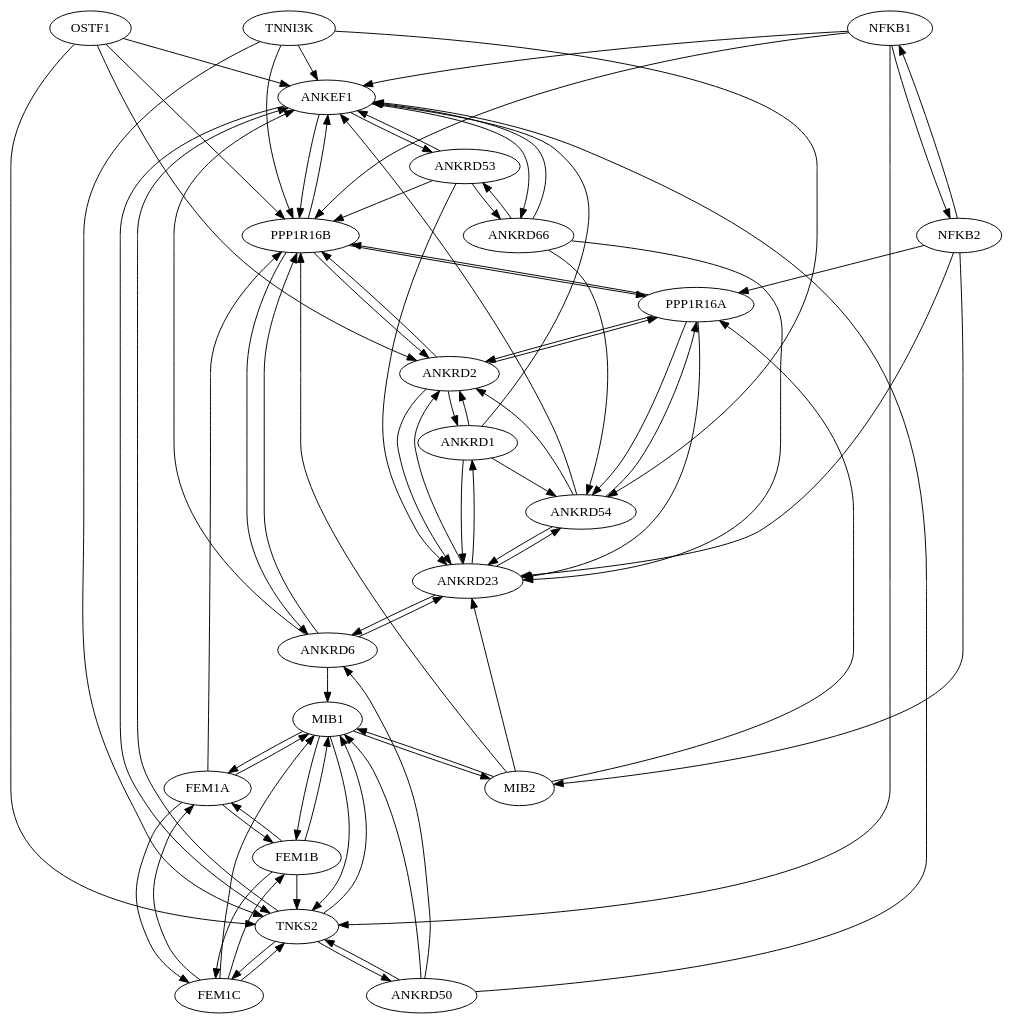
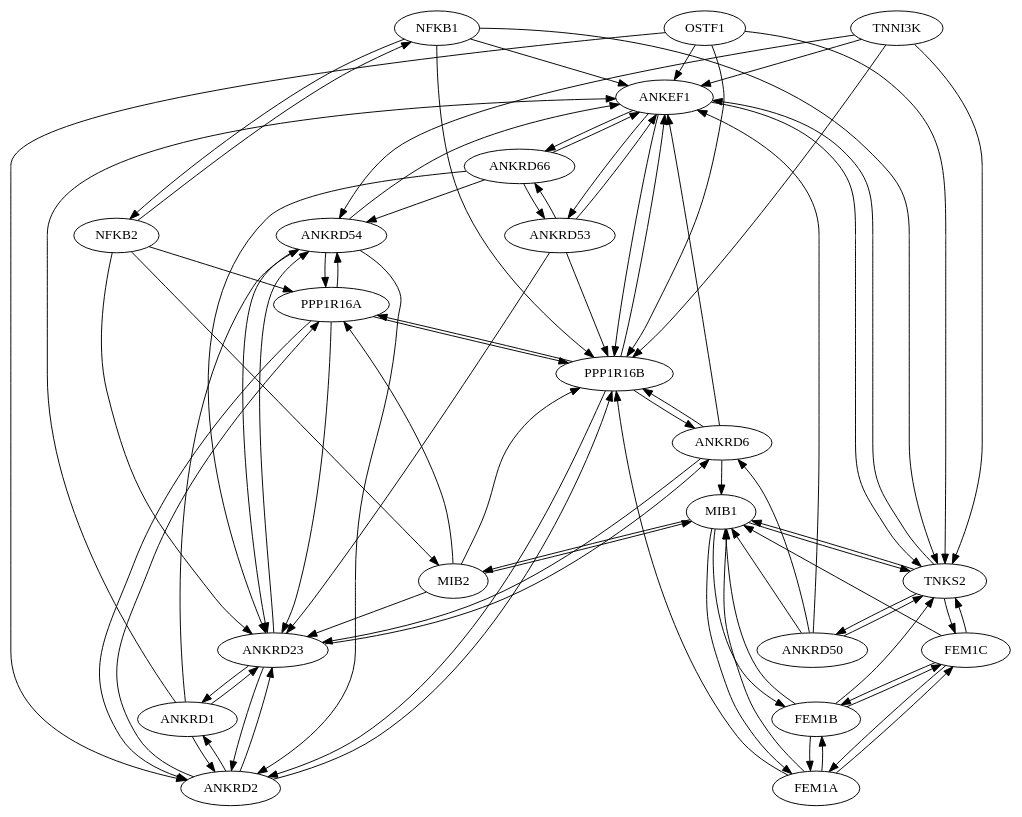
The diagram in v6/graphs/82.graph.dot (leonfrench/map-of-proteins-data), drawn with Graphviz before and after one commit. The commit also changed 457 other files, not shown here.

```diff
--- a/v6/graphs/82.graph.dot
+++ b/v6/graphs/82.graph.dot
@@ -1,107 +1,107 @@
 digraph G {
-"ANKEF1" ["l"="68.557526,24.121786"]
-"ANKRD1" ["l"="68.820259,24.289854"]
-"ANKRD2" ["l"="68.765228,24.344454"]
-"ANKRD23" ["l"="68.774635,24.295914"]
-"ANKRD50" ["l"="68.530647,24.068985"]
-"ANKRD53" ["l"="68.669823,24.656620"]
-"ANKRD54" ["l"="68.659401,24.116776"]
-"ANKRD6" ["l"="68.698708,24.273586"]
-"ANKRD66" ["l"="67.766693,23.625223"]
-"FEM1A" ["l"="68.472198,23.869026"]
-"FEM1B" ["l"="68.621361,23.909048"]
-"FEM1C" ["l"="68.675705,23.968681"]
-"MIB1" ["l"="68.796227,24.224621"]
-"MIB2" ["l"="68.776192,24.277334"]
-"NFKB1" ["l"="68.791191,24.246965"]
-"NFKB2" ["l"="68.202248,24.086403"]
-"OSTF1" ["l"="68.453674,24.025112"]
-"PPP1R16A" ["l"="68.499428,24.201900"]
-"PPP1R16B" ["l"="67.821373,24.022570"]
-"TNKS2" ["l"="68.638931,24.163637"]
-"TNNI3K" ["l"="68.568420,24.073280"]
-"ANKEF1" -> "ANKRD66"
-"ANKEF1" -> "ANKRD53"
-"ANKEF1" -> "PPP1R16B"
-"ANKEF1" -> "TNKS2"
-"ANKRD1" -> "ANKRD2"
-"ANKRD1" -> "ANKRD23"
-"ANKRD1" -> "ANKEF1"
-"ANKRD1" -> "ANKRD54"
-"ANKRD2" -> "ANKRD1"
-"ANKRD2" -> "ANKRD23"
-"ANKRD2" -> "PPP1R16A"
-"ANKRD2" -> "PPP1R16B"
-"ANKRD23" -> "ANKRD2"
-"ANKRD23" -> "ANKRD1"
-"ANKRD23" -> "ANKRD54"
-"ANKRD23" -> "ANKRD6"
-"ANKRD50" -> "TNKS2"
-"ANKRD50" -> "MIB1"
-"ANKRD50" -> "ANKEF1"
-"ANKRD50" -> "ANKRD6"
-"ANKRD53" -> "ANKEF1"
-"ANKRD53" -> "PPP1R16B"
-"ANKRD53" -> "ANKRD66"
-"ANKRD53" -> "ANKRD23"
-"ANKRD54" -> "ANKRD23"
-"ANKRD54" -> "ANKRD2"
-"ANKRD54" -> "PPP1R16A"
-"ANKRD54" -> "ANKEF1"
-"ANKRD6" -> "PPP1R16B"
-"ANKRD6" -> "ANKRD23"
-"ANKRD6" -> "MIB1"
-"ANKRD6" -> "ANKEF1"
-"ANKRD66" -> "ANKEF1"
-"ANKRD66" -> "ANKRD53"
-"ANKRD66" -> "ANKRD23"
-"ANKRD66" -> "ANKRD54"
-"FEM1A" -> "FEM1B"
-"FEM1A" -> "FEM1C"
-"FEM1A" -> "PPP1R16B"
-"FEM1A" -> "MIB1"
-"FEM1B" -> "FEM1C"
-"FEM1B" -> "FEM1A"
-"FEM1B" -> "MIB1"
-"FEM1B" -> "TNKS2"
-"FEM1C" -> "FEM1B"
-"FEM1C" -> "FEM1A"
-"FEM1C" -> "TNKS2"
-"FEM1C" -> "MIB1"
-"MIB1" -> "TNKS2"
-"MIB1" -> "FEM1B"
-"MIB1" -> "FEM1A"
-"MIB1" -> "MIB2"
-"MIB2" -> "MIB1"
-"MIB2" -> "PPP1R16A"
-"MIB2" -> "PPP1R16B"
-"MIB2" -> "ANKRD23"
-"NFKB1" -> "NFKB2"
-"NFKB1" -> "ANKEF1"
-"NFKB1" -> "TNKS2"
-"NFKB1" -> "PPP1R16B"
-"NFKB2" -> "NFKB1"
-"NFKB2" -> "PPP1R16A"
-"NFKB2" -> "MIB2"
-"NFKB2" -> "ANKRD23"
-"OSTF1" -> "TNKS2"
-"OSTF1" -> "PPP1R16B"
-"OSTF1" -> "ANKEF1"
-"OSTF1" -> "ANKRD2"
-"PPP1R16A" -> "PPP1R16B"
-"PPP1R16A" -> "ANKRD2"
-"PPP1R16A" -> "ANKRD54"
-"PPP1R16A" -> "ANKRD23"
-"PPP1R16B" -> "PPP1R16A"
-"PPP1R16B" -> "ANKRD6"
-"PPP1R16B" -> "ANKRD2"
-"PPP1R16B" -> "ANKEF1"
-"TNKS2" -> "MIB1"
-"TNKS2" -> "FEM1C"
-"TNKS2" -> "ANKRD50"
-"TNKS2" -> "ANKEF1"
-"TNNI3K" -> "TNKS2"
-"TNNI3K" -> "ANKEF1"
-"TNNI3K" -> "PPP1R16B"
-"TNNI3K" -> "ANKRD54"
+"ANKEF1" -> "ANKRD66";
+"ANKEF1" -> "ANKRD53";
+"ANKEF1" -> "PPP1R16B";
+"ANKEF1" -> "TNKS2";
+"ANKRD1" -> "ANKRD2";
+"ANKRD1" -> "ANKRD23";
+"ANKRD1" -> "ANKEF1";
+"ANKRD1" -> "ANKRD54";
+"ANKRD2" -> "ANKRD1";
+"ANKRD2" -> "ANKRD23";
+"ANKRD2" -> "PPP1R16A";
+"ANKRD2" -> "PPP1R16B";
+"ANKRD23" -> "ANKRD2";
+"ANKRD23" -> "ANKRD1";
+"ANKRD23" -> "ANKRD54";
+"ANKRD23" -> "ANKRD6";
+"ANKRD50" -> "TNKS2";
+"ANKRD50" -> "MIB1";
+"ANKRD50" -> "ANKEF1";
+"ANKRD50" -> "ANKRD6";
+"ANKRD53" -> "ANKEF1";
+"ANKRD53" -> "PPP1R16B";
+"ANKRD53" -> "ANKRD66";
+"ANKRD53" -> "ANKRD23";
+"ANKRD54" -> "ANKRD23";
+"ANKRD54" -> "ANKRD2";
+"ANKRD54" -> "PPP1R16A";
+"ANKRD54" -> "ANKEF1";
+"ANKRD6" -> "PPP1R16B";
+"ANKRD6" -> "ANKRD23";
+"ANKRD6" -> "MIB1";
+"ANKRD6" -> "ANKEF1";
+"ANKRD66" -> "ANKEF1";
+"ANKRD66" -> "ANKRD53";
+"ANKRD66" -> "ANKRD23";
+"ANKRD66" -> "ANKRD54";
+"FEM1A" -> "FEM1B";
+"FEM1A" -> "FEM1C";
+"FEM1A" -> "PPP1R16B";
+"FEM1A" -> "MIB1";
+"FEM1B" -> "FEM1C";
+"FEM1B" -> "FEM1A";
+"FEM1B" -> "MIB1";
+"FEM1B" -> "TNKS2";
+"FEM1C" -> "FEM1B";
+"FEM1C" -> "FEM1A";
+"FEM1C" -> "TNKS2";
+"FEM1C" -> "MIB1";
+"MIB1" -> "TNKS2";
+"MIB1" -> "FEM1B";
+"MIB1" -> "FEM1A";
+"MIB1" -> "MIB2";
+"MIB2" -> "MIB1";
+"MIB2" -> "PPP1R16A";
+"MIB2" -> "PPP1R16B";
+"MIB2" -> "ANKRD23";
+"NFKB1" -> "NFKB2";
+"NFKB1" -> "ANKEF1";
+"NFKB1" -> "TNKS2";
+"NFKB1" -> "PPP1R16B";
+"NFKB2" -> "NFKB1";
+"NFKB2" -> "PPP1R16A";
+"NFKB2" -> "MIB2";
+"NFKB2" -> "ANKRD23";
+"OSTF1" -> "TNKS2";
+"OSTF1" -> "PPP1R16B";
+"OSTF1" -> "ANKEF1";
+"OSTF1" -> "ANKRD2";
+"PPP1R16A" -> "PPP1R16B";
+"PPP1R16A" -> "ANKRD2";
+"PPP1R16A" -> "ANKRD54";
+"PPP1R16A" -> "ANKRD23";
+"PPP1R16B" -> "PPP1R16A";
+"PPP1R16B" -> "ANKRD6";
+"PPP1R16B" -> "ANKRD2";
+"PPP1R16B" -> "ANKEF1";
+"TNKS2" -> "MIB1";
+"TNKS2" -> "FEM1C";
+"TNKS2" -> "ANKRD50";
+"TNKS2" -> "ANKEF1";
+"TNNI3K" -> "TNKS2";
+"TNNI3K" -> "ANKEF1";
+"TNNI3K" -> "PPP1R16B";
+"TNNI3K" -> "ANKRD54";
+"ANKEF1" ["l"="68.557526,24.121786"];
+"ANKRD1" ["l"="68.820259,24.289854"];
+"ANKRD2" ["l"="68.765228,24.344454"];
+"ANKRD23" ["l"="68.774635,24.295914"];
+"ANKRD50" ["l"="68.530647,24.068985"];
+"ANKRD53" ["l"="68.669823,24.656620"];
+"ANKRD54" ["l"="68.659401,24.116776"];
+"ANKRD6" ["l"="68.698708,24.273586"];
+"ANKRD66" ["l"="67.766693,23.625223"];
+"FEM1A" ["l"="68.472198,23.869026"];
+"FEM1B" ["l"="68.621361,23.909048"];
+"FEM1C" ["l"="68.675705,23.968681"];
+"MIB1" ["l"="68.796227,24.224621"];
+"MIB2" ["l"="68.776192,24.277334"];
+"NFKB1" ["l"="68.791191,24.246965"];
+"NFKB2" ["l"="68.202248,24.086403"];
+"OSTF1" ["l"="68.453674,24.025112"];
+"PPP1R16A" ["l"="68.499428,24.201900"];
+"PPP1R16B" ["l"="67.821373,24.022570"];
+"TNKS2" ["l"="68.638931,24.163637"];
+"TNNI3K" ["l"="68.568420,24.073280"];
 }
```
